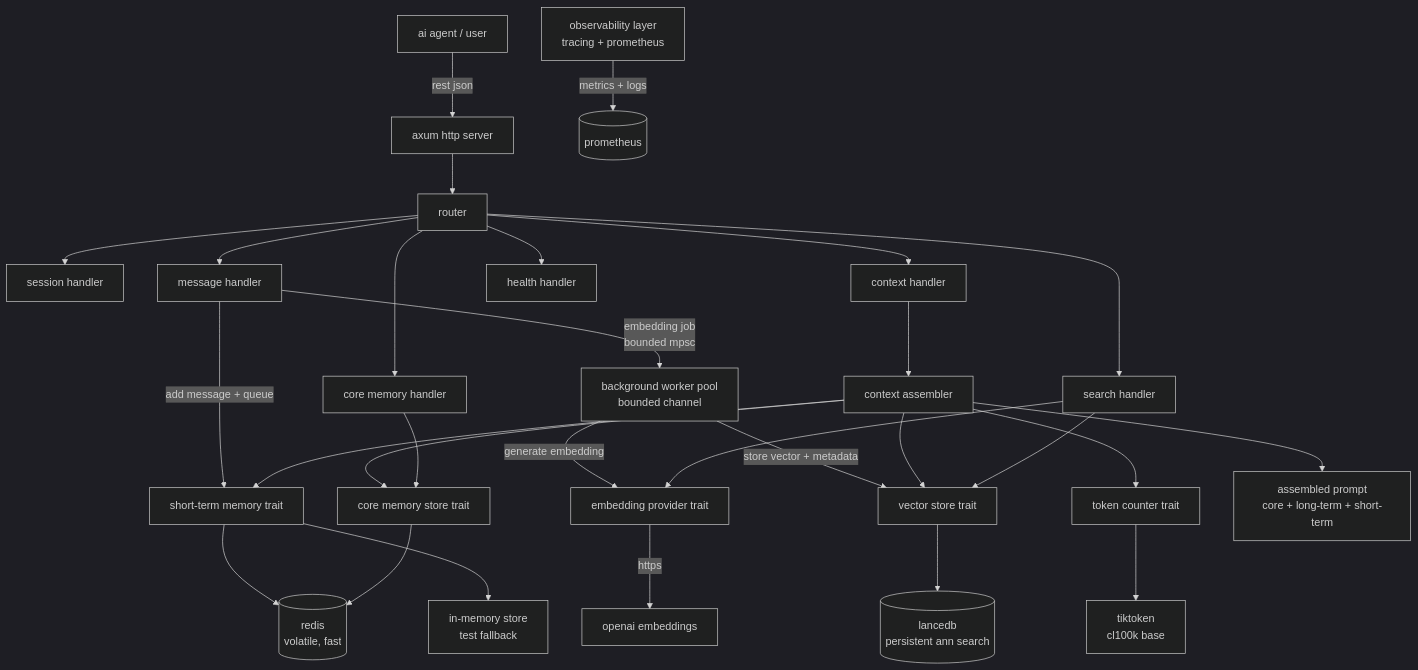
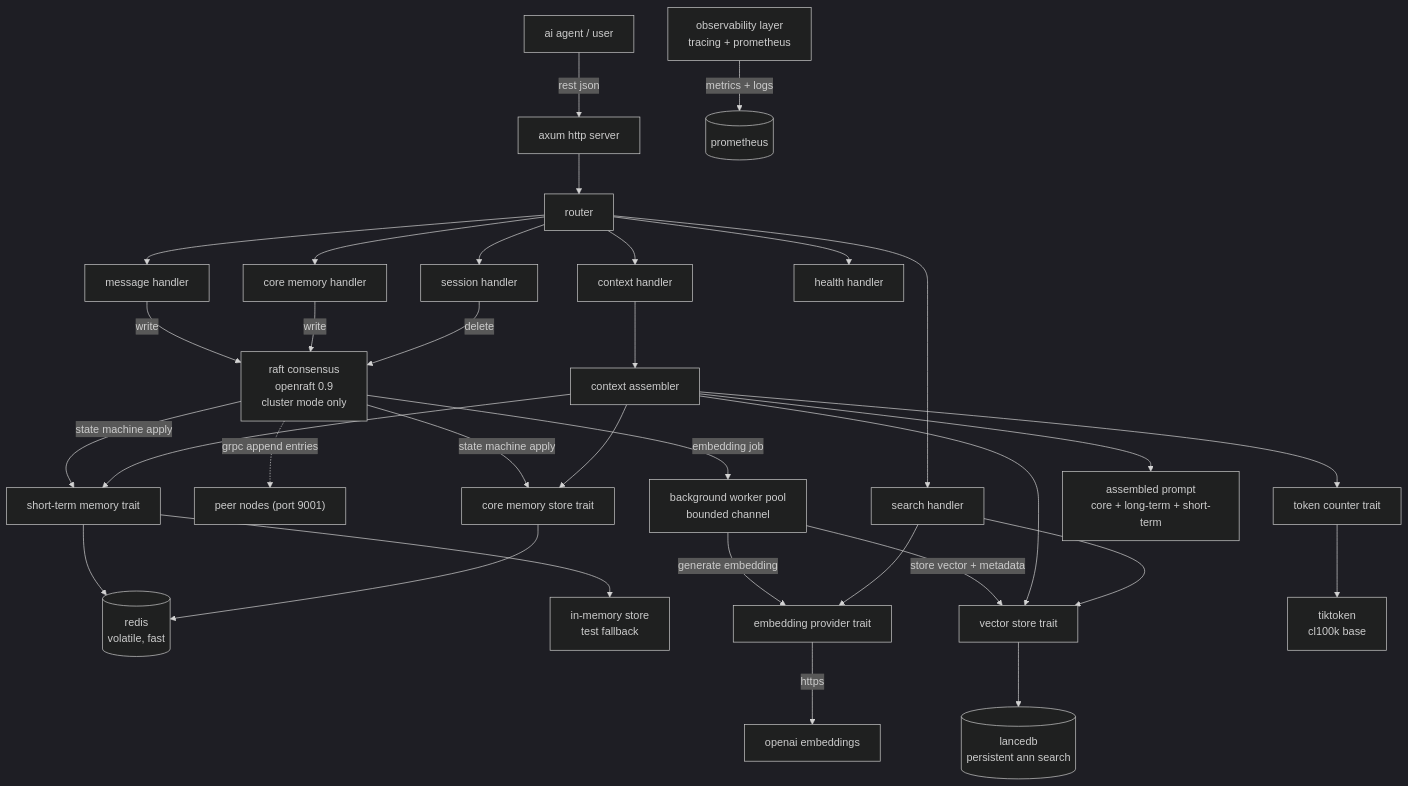
The diagram in README.md (bit2swaz/engram), drawn with Mermaid (dark theme) before and after one commit. The commit also changed other lines of this file and 7 other files, not shown here.

````diff
--- a/README.md
+++ b/README.md
@@ -18,31 +18,42 @@
 ```mermaid
 graph TD
     client["ai agent / user"] -->|rest json| axum["axum http server"]
     axum --> router["router"]
     router --> sessionhandler["session handler"]
     router --> memoryhandler["message handler"]
-    memoryhandler -->|add message + queue| shortterm["short-term memory trait"]
+    router --> contexthandler["context handler"]
+    router --> searchhandler["search handler"]
+    router --> corememhandler["core memory handler"]
+    router --> healthhandler["health handler"]
+
+    memoryhandler -->|write| raft["raft consensus\nopenraft 0.9\ncluster mode only"]
+    corememhandler -->|write| raft
+    sessionhandler -->|delete| raft
+    raft -.->|grpc append entries| peers["peer nodes (port 9001)"]
+    raft -->|state machine apply| shortterm["short-term memory trait"]
+    raft -->|state machine apply| coremem["core memory store trait"]
+    raft -->|embedding job| embedqueue["background worker pool<br/>bounded channel"]
+
     shortterm --> redis[("redis<br/>volatile, fast")]
     shortterm --> inmem["in-memory store<br/>test fallback"]
-    memoryhandler -->|embedding job<br/>bounded mpsc| embedqueue["background worker pool<br/>bounded channel"]
+
     embedqueue -->|generate embedding| embedprovider["embedding provider trait"]
     embedprovider -->|https| openai["openai embeddings"]
     embedqueue -->|store vector + metadata| longterm["vector store trait"]
     longterm --> lancedb[("lancedb<br/>persistent ann search")]
-    router --> contexthandler["context handler"]
+
+    coremem --> redis
+
     contexthandler --> assembler["context assembler"]
     assembler --> shortterm
     assembler --> longterm
-    assembler --> coremem["core memory store trait"]
-    coremem --> redis
+    assembler --> coremem
     assembler --> tokencounter["token counter trait"]
     tokencounter --> tiktoken["tiktoken<br/>cl100k base"]
-    router --> searchhandler["search handler"]
+    assembler --> finalcontext["assembled prompt<br/>core + long-term + short-term"]
+
     searchhandler --> embedprovider
     searchhandler --> longterm
-    router --> corememhandler["core memory handler"]
-    corememhandler --> coremem
-    router --> healthhandler["health handler"]
+
     observability["observability layer<br/>tracing + prometheus"] -->|metrics + logs| prometheus[("prometheus")]
-    assembler --> finalcontext["assembled prompt<br/>core + long-term + short-term"]
 ```
````
